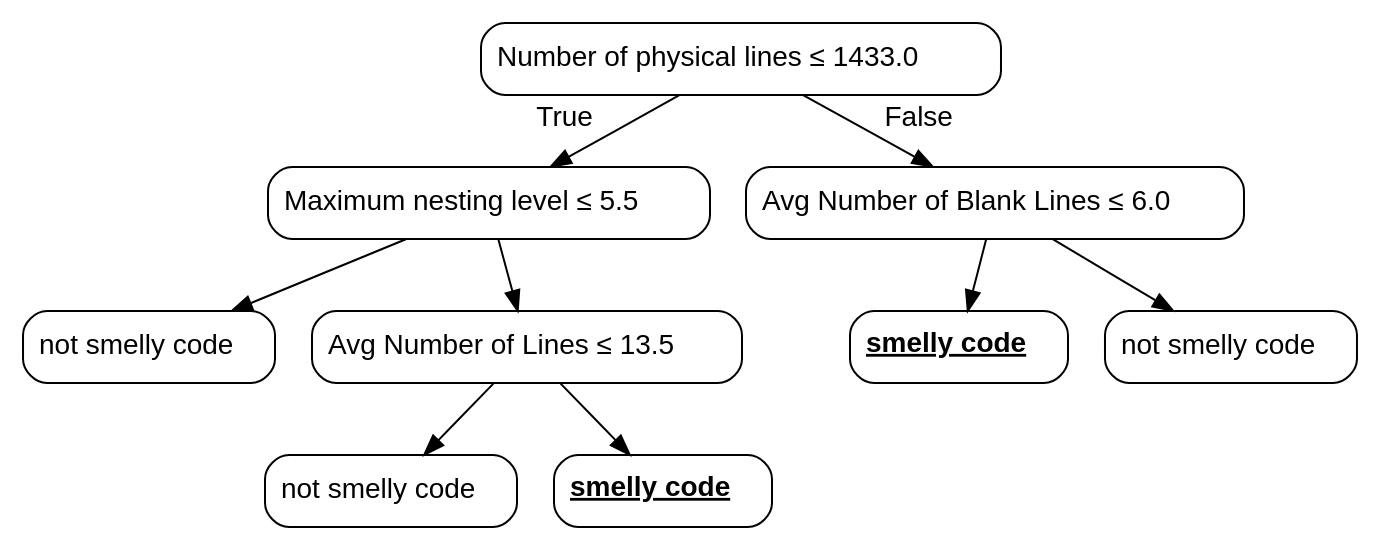
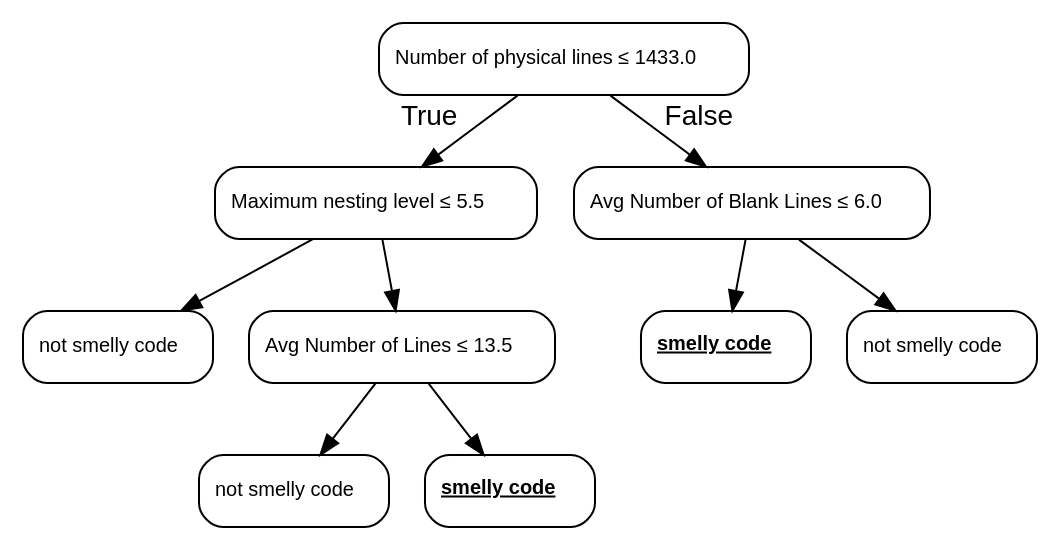
Before and after one commit to christianorossini/masterProject: the diagram in artefatos/models/dt/gc/dot/10.dot, drawn with Graphviz. The commit also changed 65 other files, not shown here.

```diff
--- a/artefatos/models/dt/gc/dot/10.dot
+++ b/artefatos/models/dt/gc/dot/10.dot
@@ -1,21 +1,21 @@
 digraph Tree {
-node [color="black", fontname=helvetica, shape=box, style="rounded"];
+node [color="black", fontname=helvetica, shape=box, style="rounded", width=0.5, fontsize=10];
 edge [fontname=helvetica];
 0 [label=<Number of physical lines &le; 1433.0>];
 1 [label=<Maximum nesting level &le; 5.5>];
 0 -> 1  [headlabel="True", labelangle=45, labeldistance="2.5"];
 3 [label=<not smelly code>];
 1 -> 3;
 4 [label=<Avg Number of Lines &le; 13.5>];
 1 -> 4;
 7 [label=<not smelly code>];
 4 -> 7;
 8 [label=<<u><b>smelly code</b></u>>];
 4 -> 8;
 2 [label=<Avg Number of Blank Lines &le; 6.0>];
 0 -> 2  [headlabel="False", labelangle="-45", labeldistance="2.5"];
 5 [label=<<u><b>smelly code</b></u>>];
 2 -> 5;
 6 [label=<not smelly code>];
 2 -> 6;
 }
```
